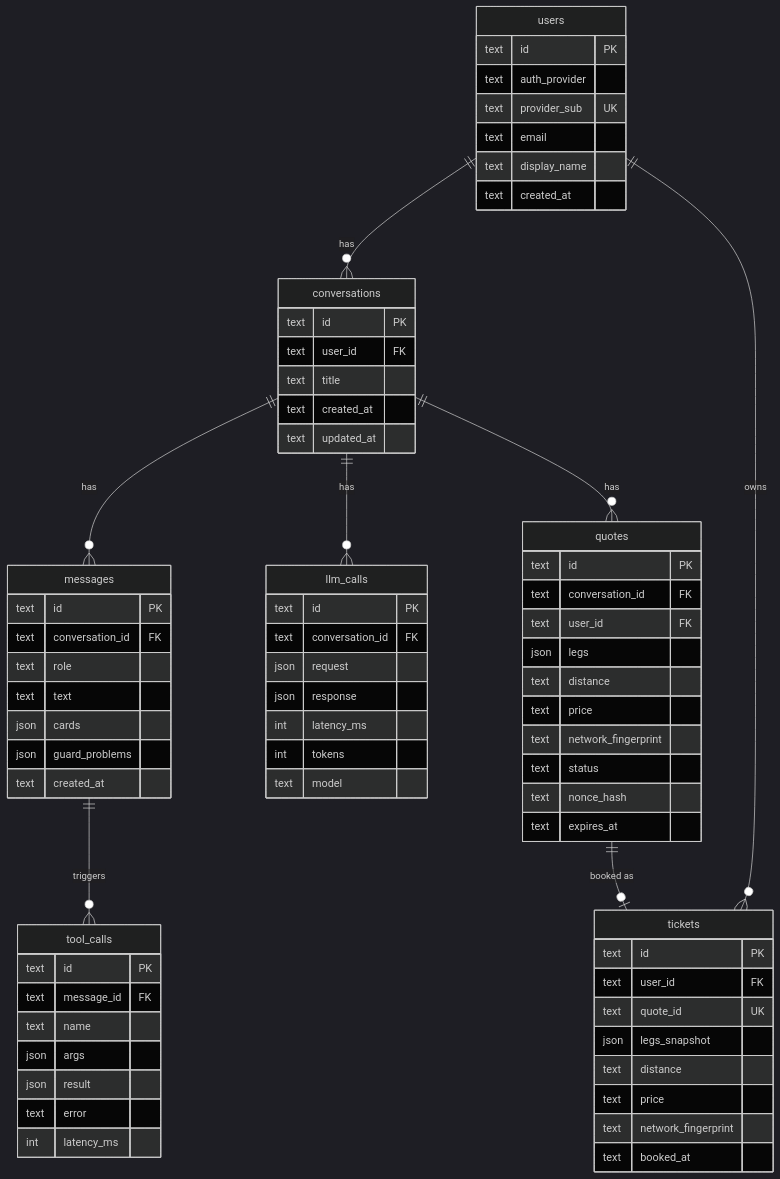
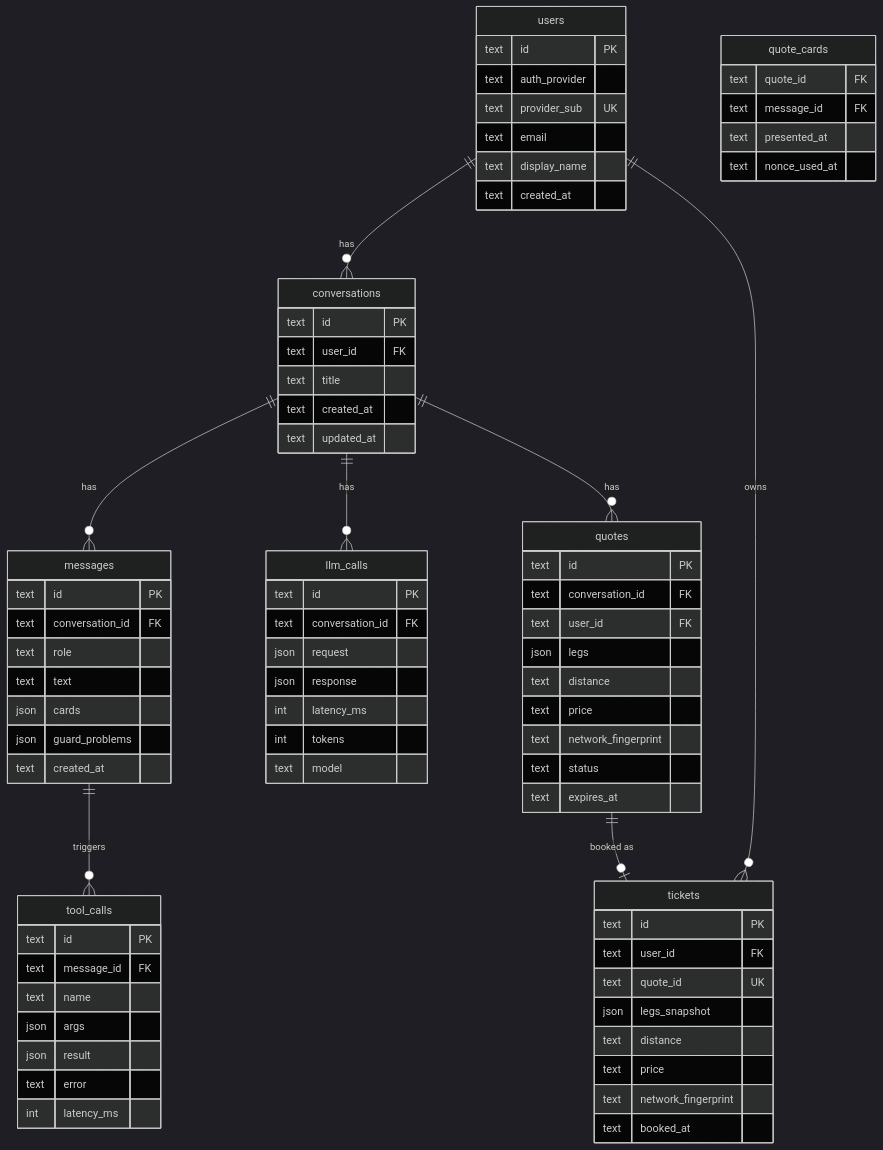
Before and after one commit to chux0519/ocean-above: the sixth of 7 diagrams in docs/design/design.md, drawn with Mermaid (dark theme). The commit also changed other lines of this file and 2 other files, not shown here.

Commit message:
Contract: conversation_busy, data_unavailable; design sync with T2 nonce model; fix trace fixture

````diff
--- a/docs/design/design.md
+++ b/docs/design/design.md
@@ -370,75 +370,80 @@
 ```mermaid
 erDiagram
   users ||--o{ conversations : has
   conversations ||--o{ messages : has
   conversations ||--o{ llm_calls : has
   messages ||--o{ tool_calls : triggers
   conversations ||--o{ quotes : has
   quotes ||--o| tickets : "booked as"
   users ||--o{ tickets : owns
 
   users {
     text id PK
     text auth_provider
     text provider_sub UK
     text email
     text display_name
     text created_at
   }
   conversations {
     text id PK
     text user_id FK
     text title
     text created_at
     text updated_at
   }
   messages {
     text id PK
     text conversation_id FK
     text role
     text text
     json cards
     json guard_problems
     text created_at
   }
   llm_calls {
     text id PK
     text conversation_id FK
     json request
     json response
     int latency_ms
     int tokens
     text model
   }
   tool_calls {
     text id PK
     text message_id FK
     text name
     json args
     json result
     text error
     int latency_ms
   }
   quotes {
     text id PK
     text conversation_id FK
     text user_id FK
     json legs
     text distance
     text price
     text network_fingerprint
     text status
-    text nonce_hash
     text expires_at
+  }
+  quote_cards {
+    text quote_id FK
+    text message_id FK
+    text presented_at
+    text nonce_used_at
   }
   tickets {
     text id PK
     text user_id FK
     text quote_id UK
     json legs_snapshot
     text distance
     text price
     text network_fingerprint
     text booked_at
   }
 ```
````
